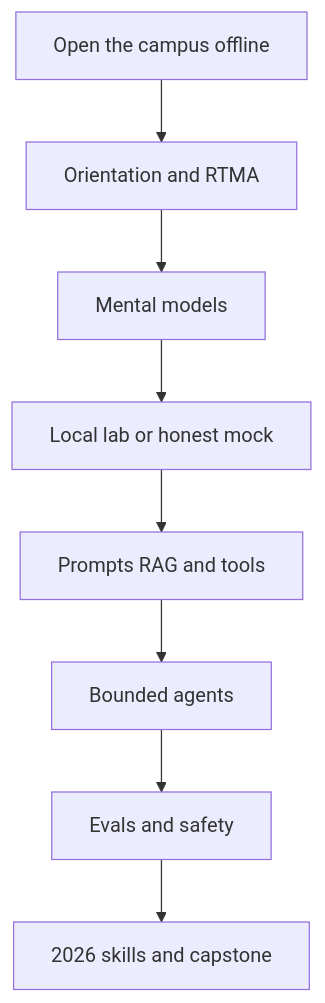
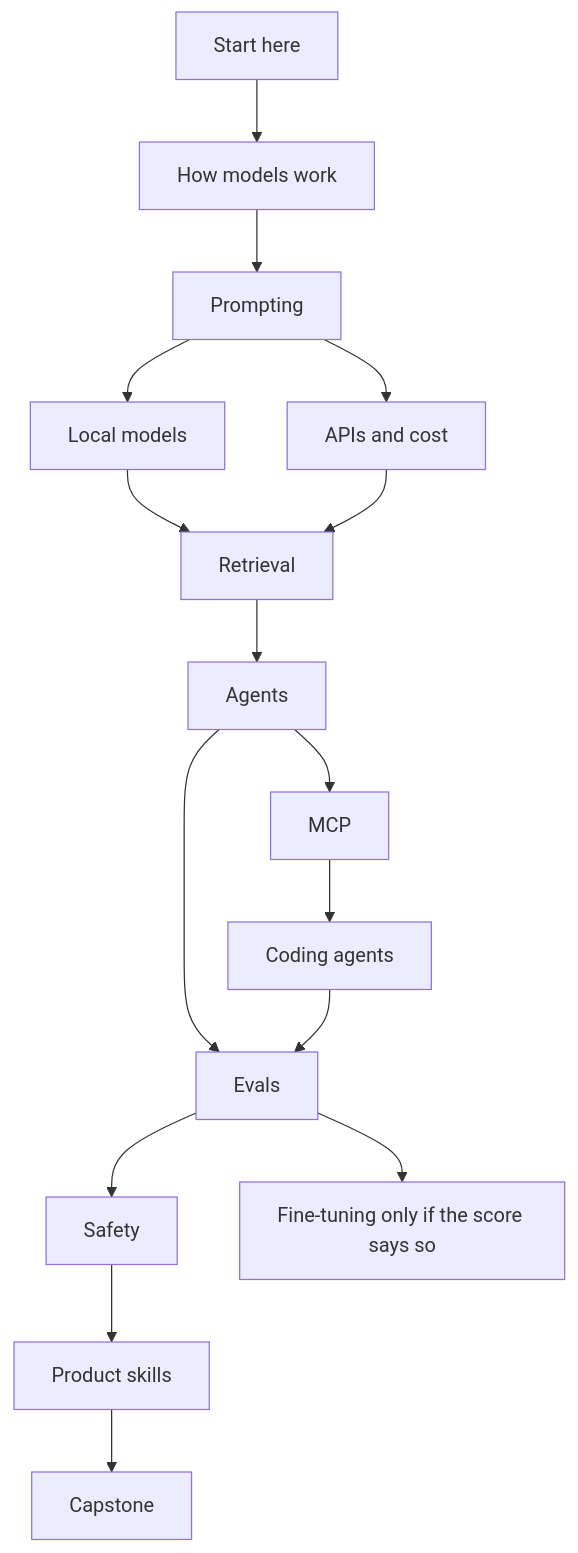
The diagram in README.md (CypherMonkeyLabs/ai-lab-free-university-mesmerizing), drawn with Mermaid before and after one commit. The commit also changed other lines of this file and 35 other files, not shown here.

First line of the commit message:
Redesign the offline AI campus into a course people can follow. (#4)

````diff
--- a/README.md
+++ b/README.md
@@ -146,12 +68,18 @@
 ```mermaid
 flowchart TD
-  openCampus[Open the campus offline]
-  rtma[Orientation and RTMA]
-  models[Mental models]
-  localLab[Local lab or honest mock]
-  tools[Prompts RAG and tools]
-  agents[Bounded agents]
-  evals[Evals and safety]
-  skills[2026 skills and capstone]
-  openCampus --> rtma --> models --> localLab --> tools --> agents --> evals --> skills
+  startHere[Start here] --> models[How models work]
+  models --> prompting[Prompting]
+  prompting --> localModels[Local models]
+  prompting --> apis[APIs and cost]
+  localModels --> retrieval[Retrieval]
+  apis --> retrieval
+  retrieval --> agents[Agents]
+  agents --> mcp[MCP]
+  agents --> evals[Evals]
+  mcp --> coding[Coding agents]
+  coding --> evals
+  evals --> safety[Safety]
+  evals --> finetune[Fine-tuning only if the score says so]
+  safety --> product[Product skills]
+  product --> capstone[Capstone]
 ```
````
